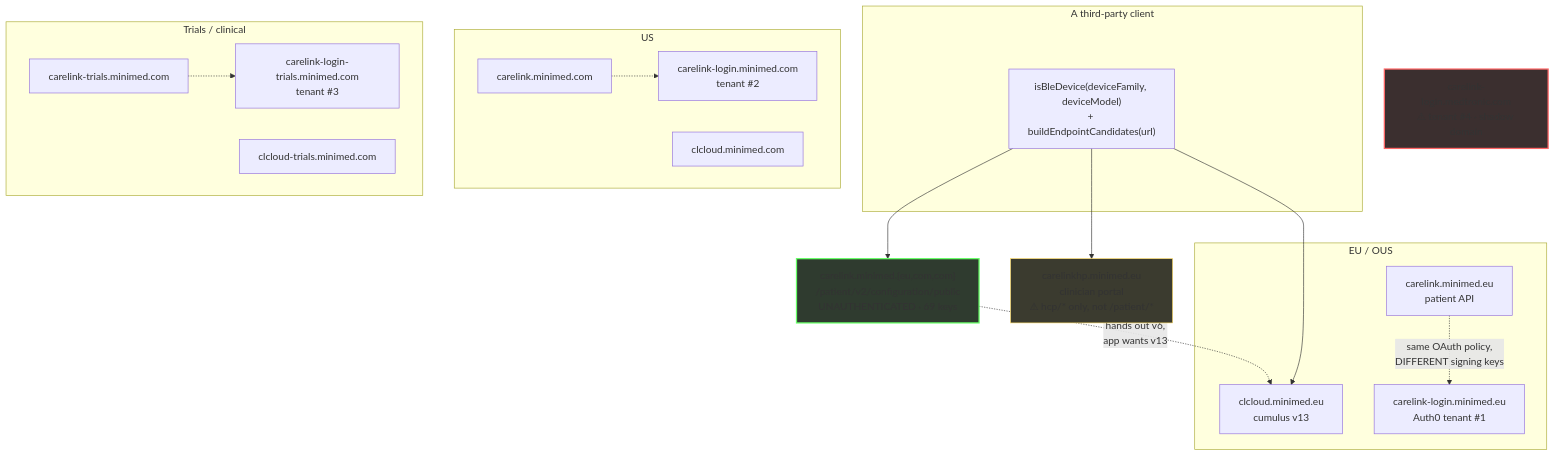
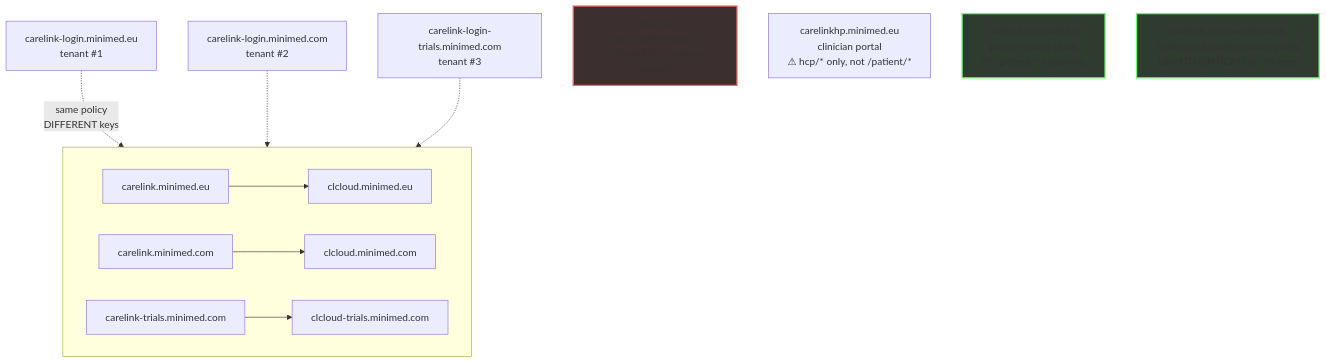
One commit to NovaLux12/carelink-api-research changed the third of 3 diagrams in README.md. Above: the diagram before and after it, drawn with Mermaid. The commit also changed other lines of this file and 8 other files, not shown here.

````diff
--- a/README.md
+++ b/README.md
@@ -115,40 +83,19 @@
 ```mermaid
 flowchart TB
-    subgraph CLIENT["A third-party client"]
-        C["isBleDevice(deviceFamily, deviceModel)<br/>+ buildEndpointCandidates(url)"]
+    subgraph P[" "]
+        direction LR
+        E1["carelink.minimed.eu"] --> E2["clcloud.minimed.eu"]
+        U1["carelink.minimed.com"] --> U2["clcloud.minimed.com"]
+        T1["carelink-trials.minimed.com"] --> T2["clcloud-trials.minimed.com"]
     end
-
-    subgraph EU["EU / OUS"]
-        P1["carelink.minimed.eu<br/>patient API"]
-        K1["clcloud.minimed.eu<br/>cumulus v13"]
-        A1["carelink-login.minimed.eu<br/>Auth0 tenant #1"]
-    end
-    subgraph US["US"]
-        P2["carelink.minimed.com"]
-        K2["clcloud.minimed.com"]
-        A2["carelink-login.minimed.com<br/>tenant #2"]
-    end
-    subgraph TR["Trials / clinical"]
-        P3["carelink-trials.minimed.com"]
-        K3["clcloud-trials.minimed.com"]
-        A3["carelink-login-trials.minimed.com<br/>tenant #3"]
-    end
-
-    P1 -. "same OAuth policy,<br/>DIFFERENT signing keys" .-> A1
-    P2 -.-> A2
-    P3 -.-> A3
-
+    A1["carelink-login.minimed.eu<br/>tenant #1"] -. "same policy<br/>DIFFERENT keys" .-> E1
+    A2["carelink-login.minimed.com<br/>tenant #2"] -.-> U1
+    A3["carelink-login-trials.minimed.com<br/>tenant #3"] -.-> T1
     S["carelink-login.medtronic.com<br/>⚠ tenant #4 · shadow domain"]
-
     G["carelinkhp.minimed.eu<br/>clinician portal<br/>⚠ hcp/* only, not /patient/*"]
-    CFG["carelink.minimed.{eu,com,com}<br/>/patient/v2/configuration/public<br/>UNAUTHENTICATED · 69 keys"]
-
-    C --> CFG
-    C --> G
-    CFG -. "hands out v6,<br/>app wants v13" .-> K1
-    C --> K1
-
+    P2["carelink.minimed.eu<br/>patient-facing client<br/>70 /patient/* endpoints"]
+    CFG["carelink.minimed.{eu,com}<br/>/patient/v2/configuration/public<br/>UNAUTHENTICATED · 69 keys"]
     style S fill:#3b2f2f,stroke:#f66,stroke-width:2px
     style CFG fill:#2f3b2f,stroke:#6f6,stroke-width:2px
-    style G fill:#3b3b2f,stroke:#fd6,stroke-width:1px
+    style P2 fill:#2f3b2f,stroke:#6f6,stroke-width:2px
 ```
````
